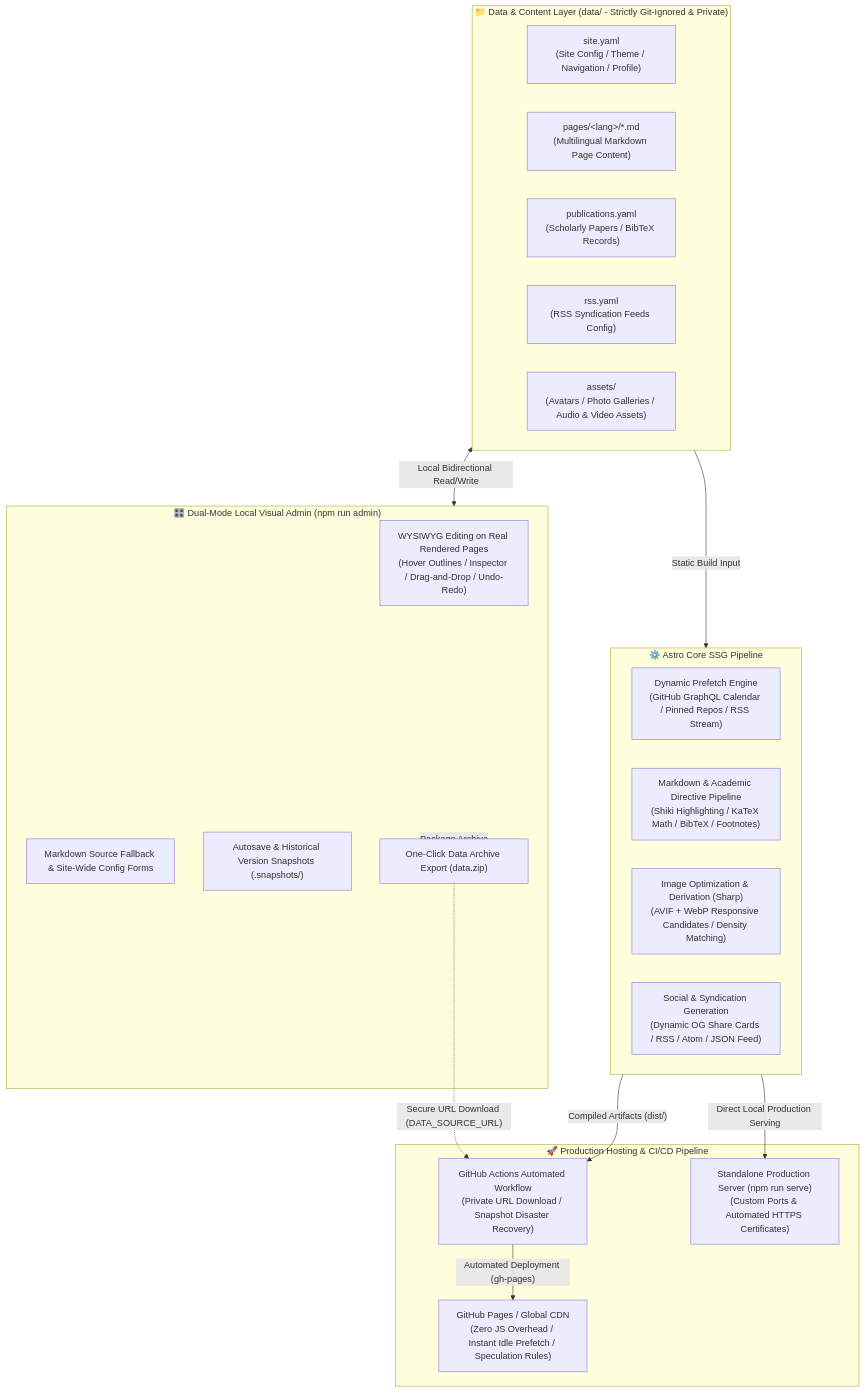
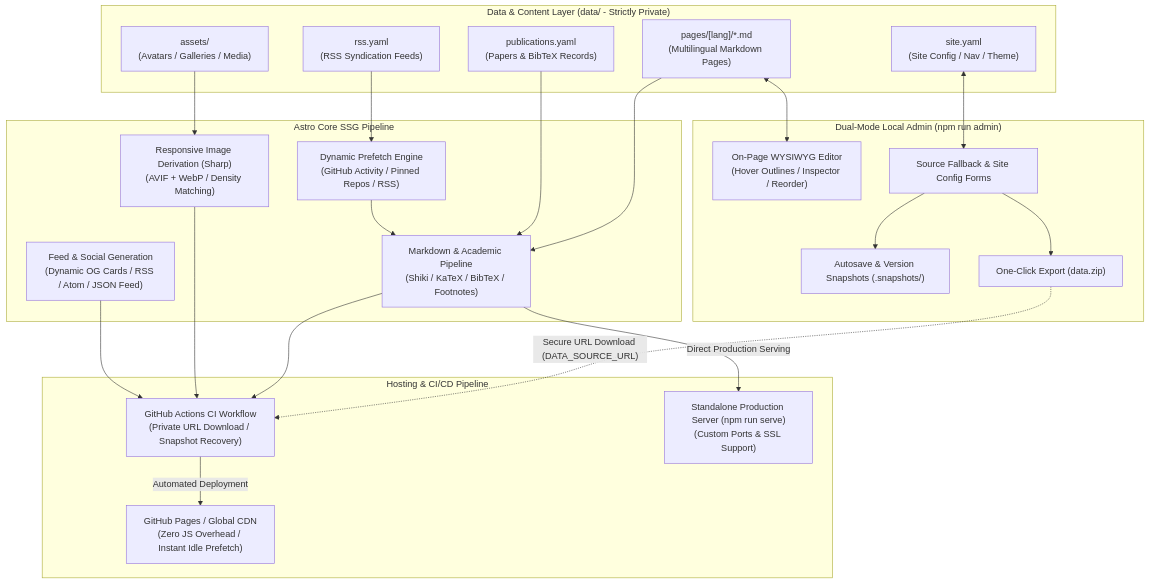
The diagram in README.md (stlin256/OpenHomepage-V2), drawn with Mermaid before and after one commit. The commit also changed 1 other file, not shown here.

Commit message:
fix(docs): 修复 GitHub Mermaid 语法兼容性

````diff
--- a/README.md
+++ b/README.md
@@ -322,39 +322,47 @@
 ```mermaid
 flowchart TD
-    subgraph DataLayer["📁 Data & Content Layer (data/ - Strictly Git-Ignored & Private)"]
-        SiteYAML["site.yaml<br/>(Site Config / Theme / Navigation / Profile)"]
-        PagesMD["pages/&lt;lang&gt;/*.md<br/>(Multilingual Markdown Page Content)"]
-        PubsYAML["publications.yaml<br/>(Scholarly Papers / BibTeX Records)"]
-        RssYAML["rss.yaml<br/>(RSS Syndication Feeds Config)"]
-        MediaAssets["assets/<br/>(Avatars / Photo Galleries / Audio & Video Assets)"]
+    subgraph DataGroup["Data & Content Layer (data/ - Strictly Private)"]
+        SiteYAML["site.yaml<br/>(Site Config / Nav / Theme)"]
+        PagesMD["pages/[lang]/*.md<br/>(Multilingual Markdown Pages)"]
+        PubsYAML["publications.yaml<br/>(Papers & BibTeX Records)"]
+        RssYAML["rss.yaml<br/>(RSS Syndication Feeds)"]
+        MediaAssets["assets/<br/>(Avatars / Galleries / Media)"]
     end
 
-    subgraph EditEngine["🎛️ Dual-Mode Local Visual Admin (npm run admin)"]
-        WYSIWYG["WYSIWYG Editing on Real Rendered Pages<br/>(Hover Outlines / Inspector / Drag-and-Drop / Undo-Redo)"]
-        SourceEditor["Markdown Source Fallback & Site-Wide Config Forms"]
-        Snapshots["Autosave & Historical Version Snapshots (.snapshots/)"]
-        ExportZip["One-Click Data Archive Export (data.zip)"]
+    subgraph AdminGroup["Dual-Mode Local Admin (npm run admin)"]
+        WYSIWYG["On-Page WYSIWYG Editor<br/>(Hover Outlines / Inspector / Reorder)"]
+        SourceEditor["Source Fallback & Site Config Forms"]
+        Snapshots["Autosave & Version Snapshots (.snapshots/)"]
+        ExportZip["One-Click Export (data.zip)"]
     end
 
-    subgraph BuildPipeline["⚙️ Astro Core SSG Pipeline"]
-        Prefetch["Dynamic Prefetch Engine<br/>(GitHub GraphQL Calendar / Pinned Repos / RSS Stream)"]
-        MarkdownEngine["Markdown & Academic Directive Pipeline<br/>(Shiki Highlighting / KaTeX Math / BibTeX / Footnotes)"]
-        ImageOptimization["Image Optimization & Derivation (Sharp)<br/>(AVIF + WebP Responsive Candidates / Density Matching)"]
-        Syndication["Social & Syndication Generation<br/>(Dynamic OG Share Cards / RSS / Atom / JSON Feed)"]
+    subgraph BuildGroup["Astro Core SSG Pipeline"]
+        PrefetchEngine["Dynamic Prefetch Engine<br/>(GitHub Activity / Pinned Repos / RSS)"]
+        MarkdownEngine["Markdown & Academic Pipeline<br/>(Shiki / KaTeX / BibTeX / Footnotes)"]
+        ImageEngine["Responsive Image Derivation (Sharp)<br/>(AVIF + WebP / Density Matching)"]
+        SyndicationEngine["Feed & Social Generation<br/>(Dynamic OG Cards / RSS / Atom / JSON Feed)"]
     end
 
-    subgraph Deployment["🚀 Production Hosting & CI/CD Pipeline"]
-        GitHubActions["GitHub Actions Automated Workflow<br/>(Private URL Download / Snapshot Disaster Recovery)"]
-        GitHubPages["GitHub Pages / Global CDN<br/>(Zero JS Overhead / Instant Idle Prefetch / Speculation Rules)"]
-        SelfHost["Standalone Production Server (npm run serve)<br/>(Custom Ports & Automated HTTPS Certificates)"]
+    subgraph DeployGroup["Hosting & CI/CD Pipeline"]
+        GHActions["GitHub Actions CI Workflow<br/>(Private URL Download / Snapshot Recovery)"]
+        GHPages["GitHub Pages / Global CDN<br/>(Zero JS Overhead / Instant Idle Prefetch)"]
+        ServerHost["Standalone Production Server (npm run serve)<br/>(Custom Ports & SSL Support)"]
     end
 
     %% Flow relationships
-    DataLayer <-->|"Local Bidirectional Read/Write"| EditEngine
-    EditEngine -->|"Package Archive"| ExportZip
-    ExportZip -.->|"Secure URL Download (DATA_SOURCE_URL)"| GitHubActions
-    DataLayer -->|"Static Build Input"| BuildPipeline
-    BuildPipeline -->|"Compiled Artifacts (dist/)"| GitHubActions
-    GitHubActions -->|"Automated Deployment (gh-pages)"| GitHubPages
-    BuildPipeline -->|"Direct Local Production Serving"| SelfHost
+    SiteYAML <--> SourceEditor
+    PagesMD <--> WYSIWYG
+    SourceEditor --> Snapshots
+    SourceEditor --> ExportZip
+    ExportZip -.->|"Secure URL Download (DATA_SOURCE_URL)"| GHActions
+    PagesMD --> MarkdownEngine
+    PubsYAML --> MarkdownEngine
+    RssYAML --> PrefetchEngine
+    MediaAssets --> ImageEngine
+    PrefetchEngine --> MarkdownEngine
+    MarkdownEngine --> GHActions
+    ImageEngine --> GHActions
+    SyndicationEngine --> GHActions
+    GHActions -->|"Automated Deployment"| GHPages
+    MarkdownEngine -->|"Direct Production Serving"| ServerHost
 ```
````
